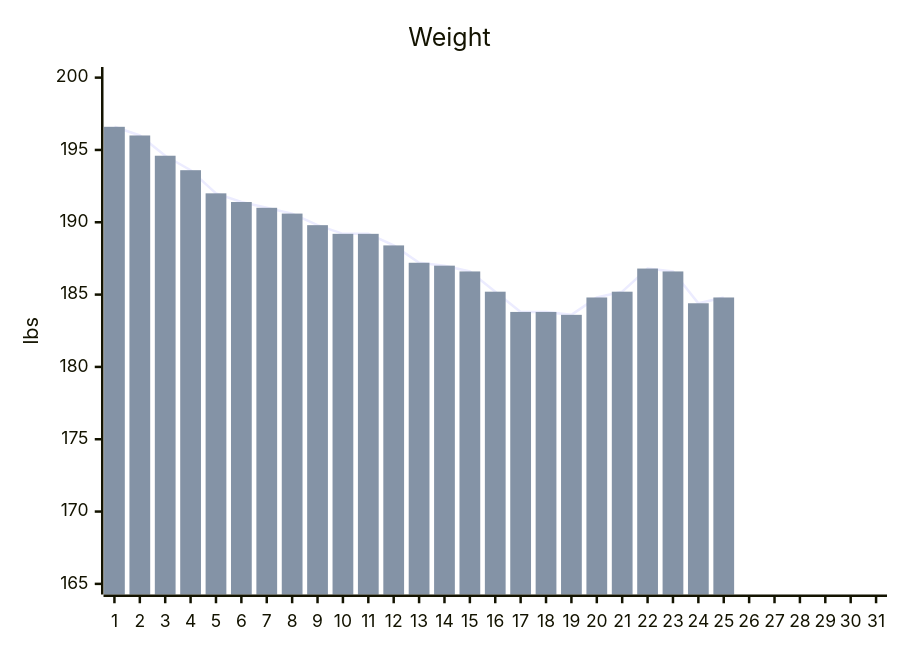
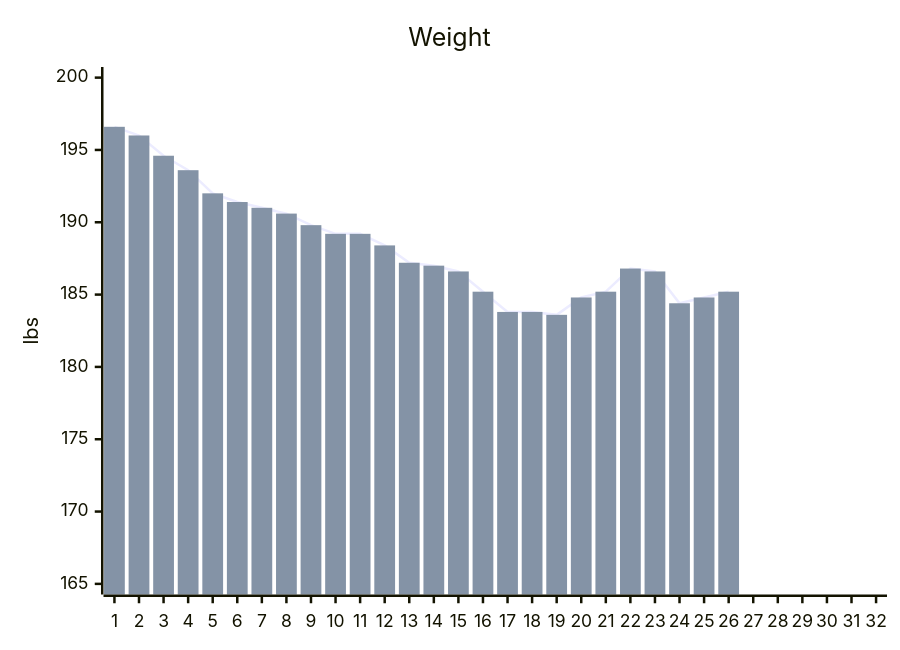
The diagram in all_collections/_personal/goals.md (stevenelson35/stevenelson35.github.io), drawn with Mermaid before and after one commit. The commit also changed other lines of this file, not shown here.

```diff
--- a/all_collections/_personal/goals.md
+++ b/all_collections/_personal/goals.md
@@ -11,8 +11,8 @@
 <pre class="mermaid" >
   xychart-beta
     title "Weight" 
-    x-axis [1, 2, 3, 4, 5, 6, 7, 8, 9, 10, 11, 12, 13, 14, 15, 16, 17, 18, 19, 20, 21, 22, 23, 24, 25, 26, 27, 28, 29, 30, 31] 
+    x-axis [1, 2, 3, 4, 5, 6, 7, 8, 9, 10, 11, 12, 13, 14, 15, 16, 17, 18, 19, 20, 21, 22, 23, 24, 25, 26, 27, 28, 29, 30, 31, 32] 
     y-axis "lbs" 165 --> 200
-    line [196.6, 196.0, 194.6, 193.6, 192.0, 191.4, 191.0, 190.6, 189.8, 189.2, 189.2, 188.4, 187.2, 187.0, 186.6, 185.2, 183.8, 183.8, 183.6, 184.8, 185.2, 186.8, 186.6, 184.4, 184.8]
-    bar [196.6, 196.0, 194.6, 193.6, 192.0, 191.4, 191.0, 190.6, 189.8, 189.2, 189.2, 188.4, 187.2, 187.0, 186.6, 185.2, 183.8, 183.8, 183.6, 184.8, 185.2, 186.8, 186.6, 184.4, 184.8]
+    line [196.6, 196.0, 194.6, 193.6, 192.0, 191.4, 191.0, 190.6, 189.8, 189.2, 189.2, 188.4, 187.2, 187.0, 186.6, 185.2, 183.8, 183.8, 183.6, 184.8, 185.2, 186.8, 186.6, 184.4, 184.8, 185.2]
+    bar [196.6, 196.0, 194.6, 193.6, 192.0, 191.4, 191.0, 190.6, 189.8, 189.2, 189.2, 188.4, 187.2, 187.0, 186.6, 185.2, 183.8, 183.8, 183.6, 184.8, 185.2, 186.8, 186.6, 184.4, 184.8, 185.2]
 </pre>
```
